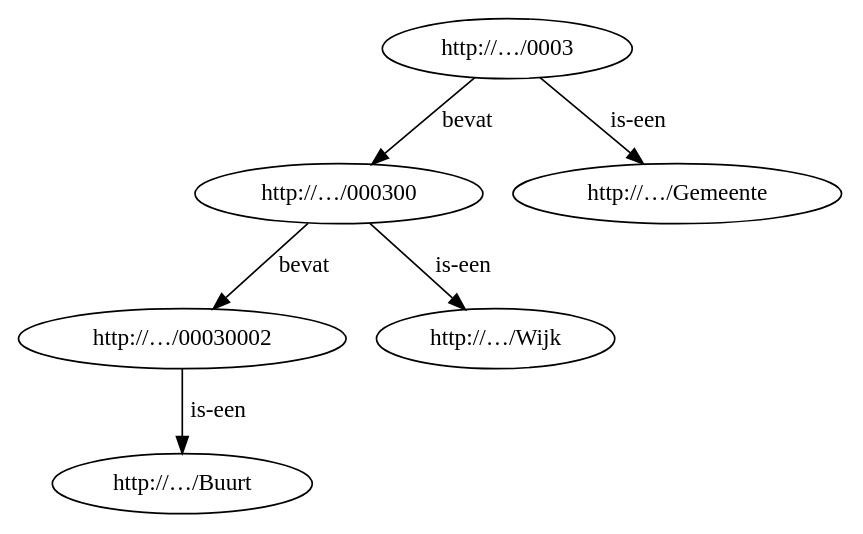
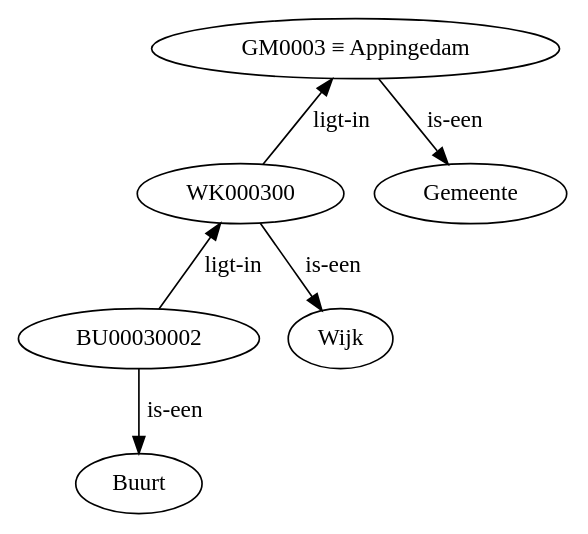
One commit to wouterbeek/wouterbeek.github.io changed the diagram in img/buurtcode.dot. Above: the diagram before and after it, drawn with Graphviz. The commit also changed 10 other files, not shown here.

```diff
--- a/img/buurtcode.dot
+++ b/img/buurtcode.dot
@@ -1,14 +1,14 @@
 digraph buurtcode {
-  iBuurt [label="http://…/00030002"];
-  iGemeente [label="http://…/0003"];
-  iWijk [label="http://…/000300"];
-  cBuurt [label="http://…/Buurt"];
-  cGemeente [label="http://…/Gemeente"];
-  cWijk [label="http://…/Wijk"];
+  iBuurt [label="BU00030002"];
+  iGemeente [label="GM0003 ≡ Appingedam"];
+  iWijk [label="WK000300"];
+  cBuurt [label="Buurt"];
+  cGemeente [label="Gemeente"];
+  cWijk [label="Wijk"];
 
   iBuurt -> cBuurt [label="is-een"];
-  iGemeente -> iWijk [label="bevat"];
+  iGemeente -> iWijk [dir="back",label="ligt-in"];
   iGemeente -> cGemeente [label="is-een"];
-  iWijk -> iBuurt [label="bevat"];
+  iWijk -> iBuurt [dir="back",label="ligt-in"];
   iWijk -> cWijk [label="is-een"];
 }
```
